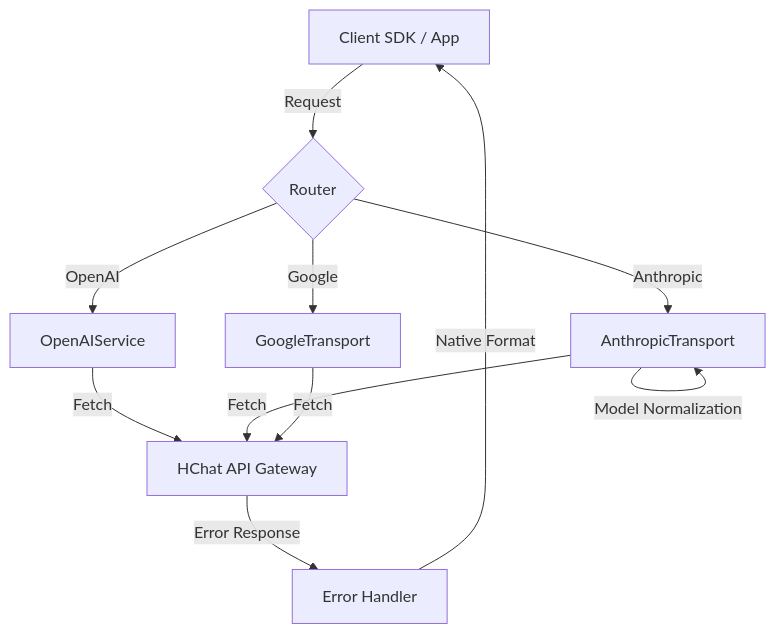
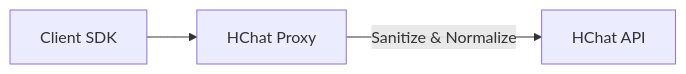
Before and after one commit to rewq114/hchat-proxy: the diagram in README.md, drawn with Mermaid. The commit also changed other lines of this file, not shown here.

````diff
--- a/README.md
+++ b/README.md
@@ -44,15 +86,5 @@
 ```mermaid
-graph TD
-    Client[Client SDK / App] -->|Request| Router{Router}
-    Router -->|OpenAI| O[OpenAIService]
-    Router -->|Anthropic| A[AnthropicTransport]
-    Router -->|Google| G[GoogleTransport]
-
-    A -->|Tool Choice Removal| A
-    A -->|Model Normalization| A
-
-    O & A & G -->|Fetch| HChat[HChat API Gateway]
-
-    HChat -->|Error Response| EH[Error Handler]
-    EH -->|Native Format| Client
+graph LR
+    Client[Client SDK] --> Proxy[HChat Proxy]
+    Proxy -->|Sanitize & Normalize| HChat[HChat API]
 ```
````
